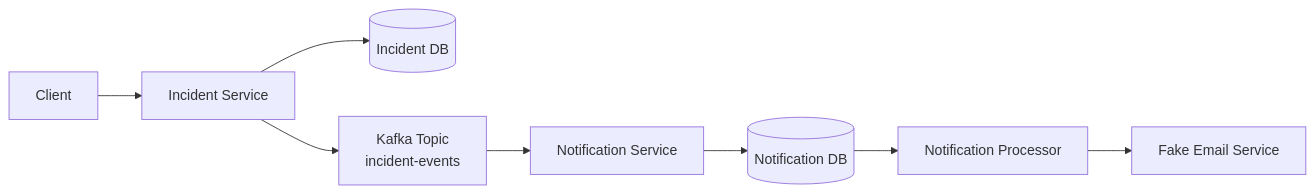
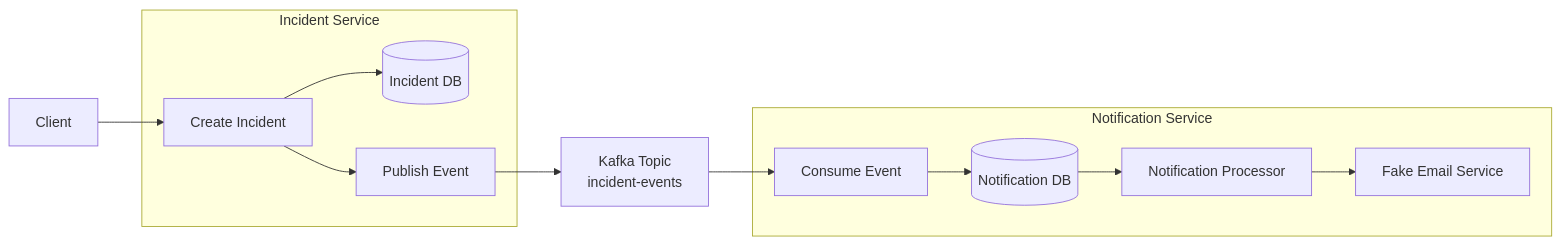
The third of 3 diagrams in README.md (iRahmanG/Incident-Management-Platform), drawn with Mermaid before and after one commit.

Commit message:
Update flowchart in README for services architecture
Refactor flowchart for Incident and Notification Services to improve clarity and structure.

````diff
--- a/README.md
+++ b/README.md
@@ -166,22 +166,28 @@
 ```mermaid
 flowchart LR
 
-    A[Client]
-    B[Incident Service]
-    C[(Incident DB)]
-    D["Kafka Topic<br/>incident-events"]
+    Client --> Incident
 
-    E[Notification Service]
-    F[(Notification DB)]
-    G[Notification Processor]
-    H[Fake Email Service]
+    subgraph Incident Service
+        Incident[Create Incident]
+        DB1[(Incident DB)]
+        KafkaPub[Publish Event]
+        Incident --> DB1
+        Incident --> KafkaPub
+    end
 
-    A --> B
-    B --> C
-    B --> D
+    KafkaPub --> Kafka["Kafka Topic<br/>incident-events"]
 
-    D --> E
-    E --> F
-    F --> G
-    G --> H
+    Kafka --> Consumer
+
+    subgraph Notification Service
+        Consumer[Consume Event]
+        DB2[(Notification DB)]
+        Scheduler[Notification Processor]
+        Email[Fake Email Service]
+
+        Consumer --> DB2
+        DB2 --> Scheduler
+        Scheduler --> Email
+    end
 ```
````
